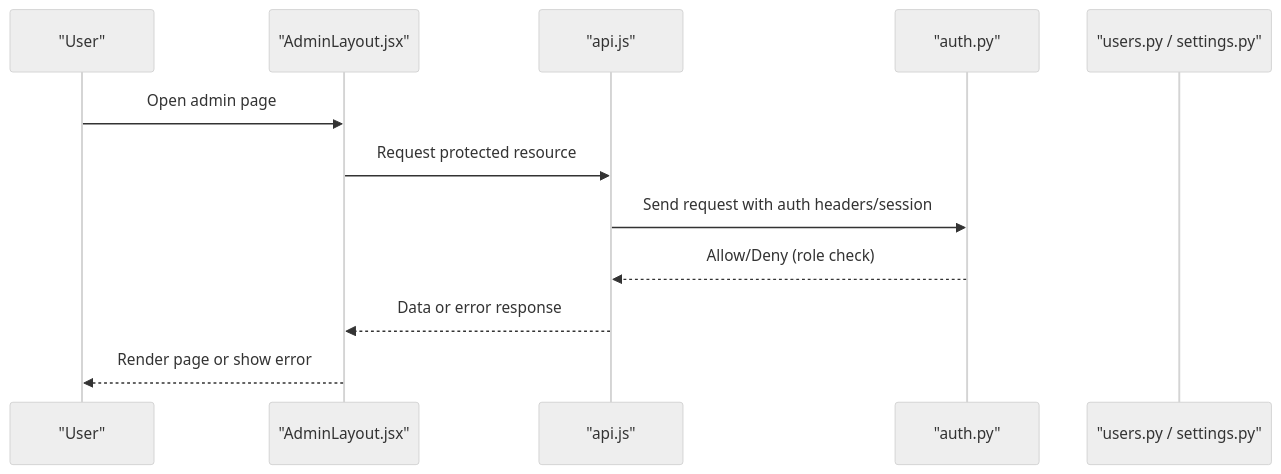
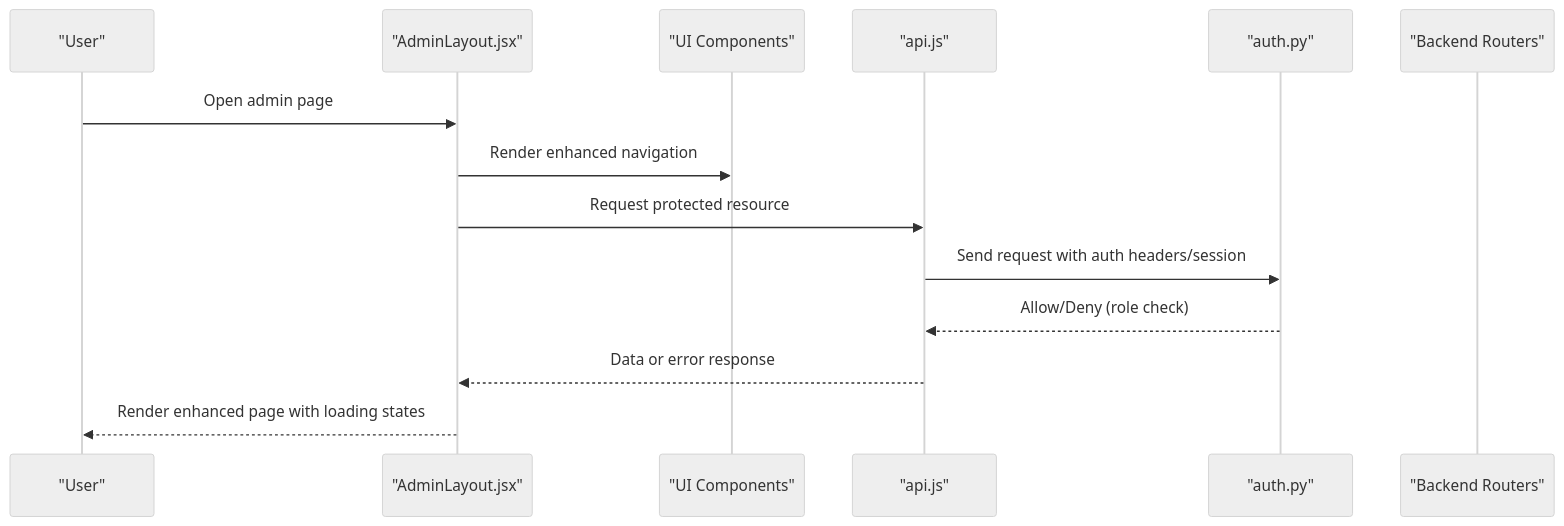
The second of 3 diagrams in .qoder/repowiki/en/content/Frontend Development/Page Components & Routing/Admin Layout & Navigation.md (14Lucifer/hackathon_ecs_creator), drawn with Mermaid (neutral theme) before and after one commit. The commit also changed other lines of this file and 120 other files, not shown here.

Commit message:
Resource removal by admin added

````diff
--- a/.qoder/repowiki/en/content/Frontend Development/Page Components & Routing/Admin Layout & Navigation.md
+++ b/.qoder/repowiki/en/content/Frontend Development/Page Components & Routing/Admin Layout & Navigation.md
@@ -119,14 +148,16 @@
 ```mermaid
 sequenceDiagram
 participant U as "User"
-participant FE as "AdminLayout.jsx"
+participant AL as "AdminLayout.jsx"
+participant UI as "UI Components"
 participant API as "api.js"
 participant MW as "auth.py"
-participant R as "users.py / settings.py"
-U->>FE : Open admin page
-FE->>API : Request protected resource
+participant R as "Backend Routers"
+U->>AL : Open admin page
+AL->>UI : Render enhanced navigation
+AL->>API : Request protected resource
 API->>MW : Send request with auth headers/session
 MW-->>API : Allow/Deny (role check)
-API-->>FE : Data or error response
-FE-->>U : Render page or show error
+API-->>AL : Data or error response
+AL-->>U : Render enhanced page with loading states
 ```
````
